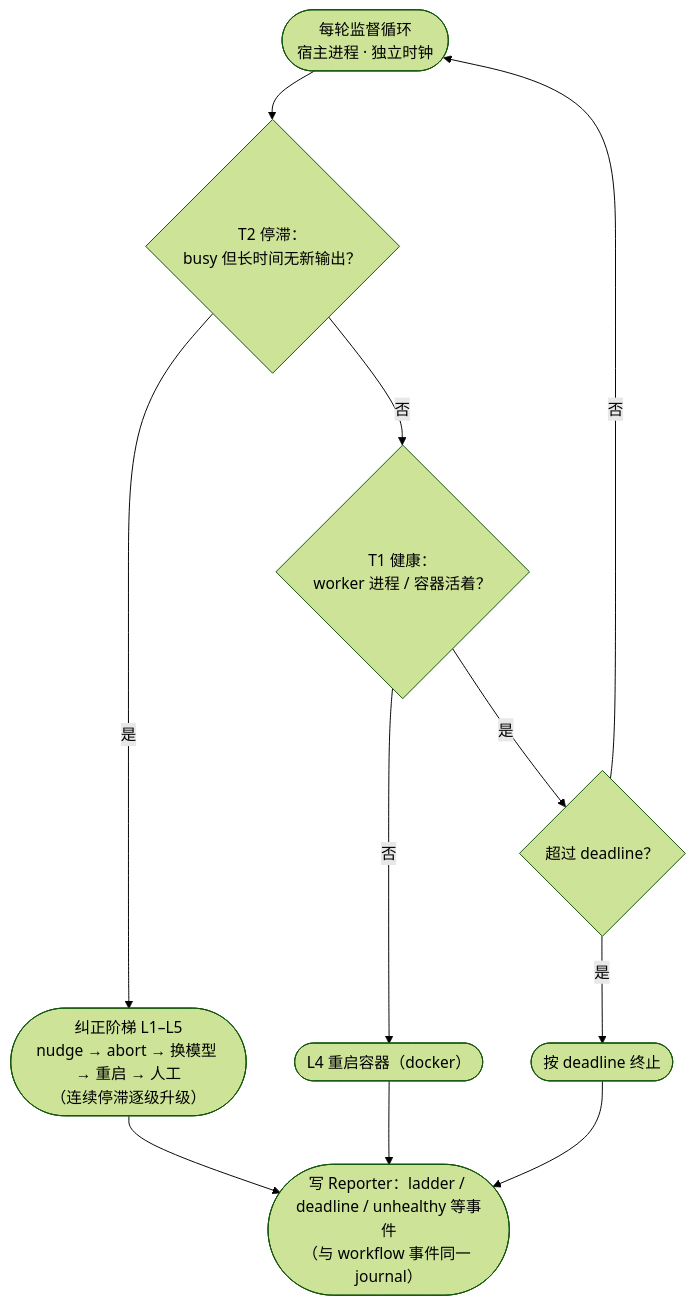
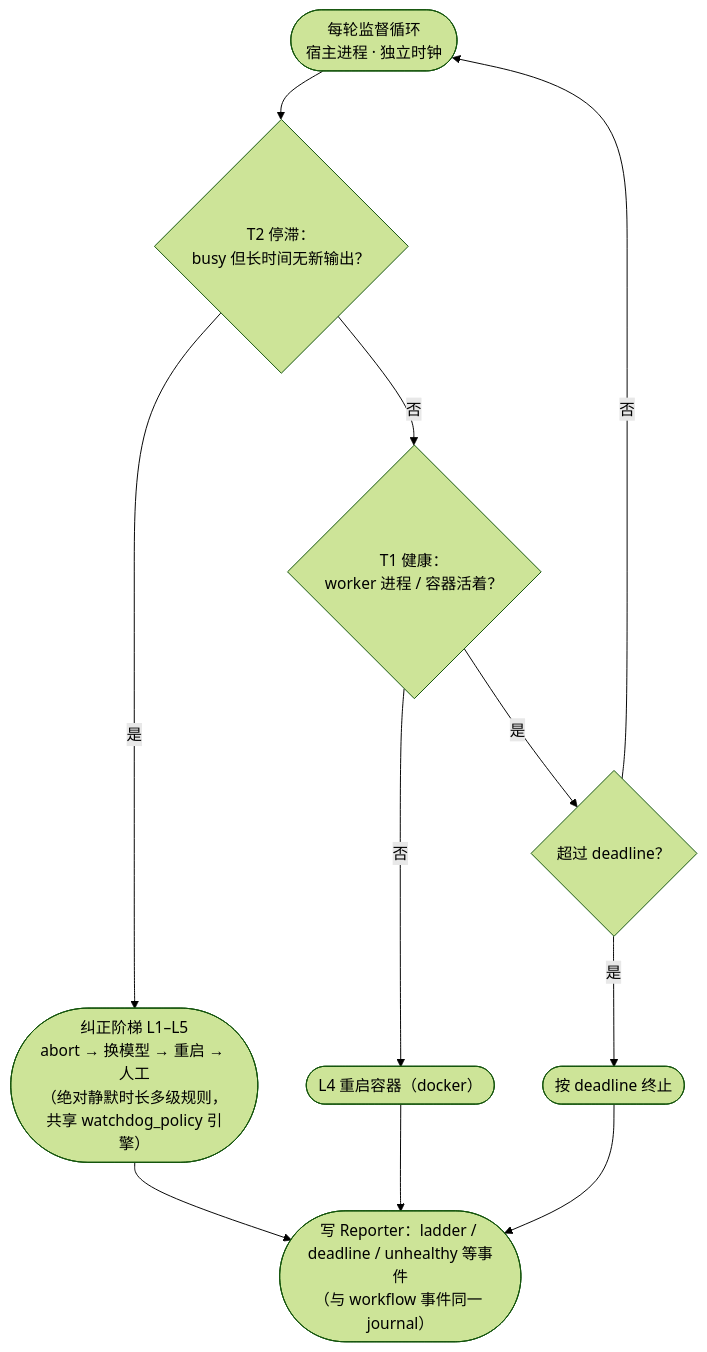
The diagram in docs/subsystems/04_supervisor.md (haberzero/regime-driver), drawn with Mermaid (forest theme) before and after one commit. The commit also changed other lines of this file and 5 other files, not shown here.

First line of the commit message:
体系化重构阶段1c: 独立 supervisor 判定统一到 watchdog_policy 规则引擎

````diff
--- a/docs/subsystems/04_supervisor.md
+++ b/docs/subsystems/04_supervisor.md
@@ -99,22 +109,22 @@
 ```mermaid
 flowchart TD
     P(["每轮监督循环<br/>宿主进程 · 独立时钟"])
     T2{"T2 停滞：<br/>busy 但长时间无新输出？"}
     T1{"T1 健康：<br/>worker 进程 / 容器活着？"}
     DD{"超过 deadline？"}
-    LAD(["纠正阶梯 L1–L5<br/>nudge → abort → 换模型 → 重启 → 人工<br/>（连续停滞逐级升级）"])
+    LAD(["纠正阶梯 L1–L5<br/>abort → 换模型 → 重启 → 人工<br/>（绝对静默时长多级规则，共享 watchdog_policy 引擎）"])
     R(["L4 重启容器（docker）"])
     AB(["按 deadline 终止"])
     END(["写 Reporter：ladder / deadline / unhealthy 等事件<br/>（与 workflow 事件同一 journal）"])
 
     P --> T2
     T2 -->|是| LAD
     LAD --> END
     T2 -->|否| T1
     T1 -->|否| R
     R --> END
     T1 -->|是| DD
     DD -->|是| AB
     AB --> END
     DD -->|否| P
 ```
````
